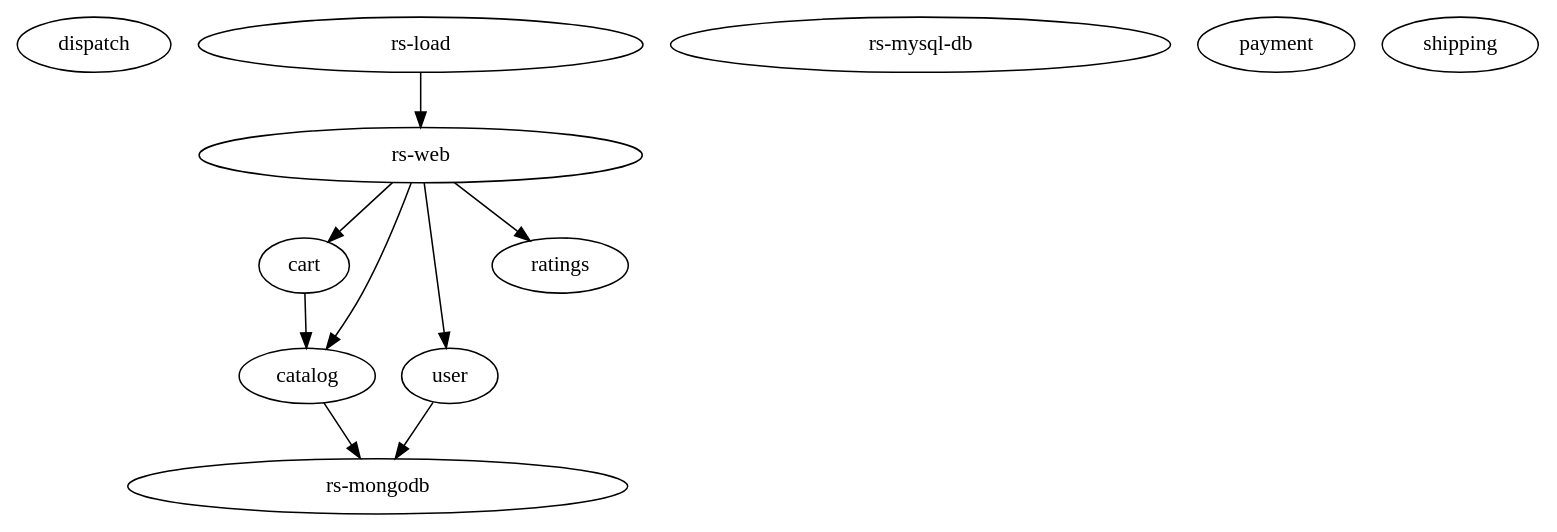
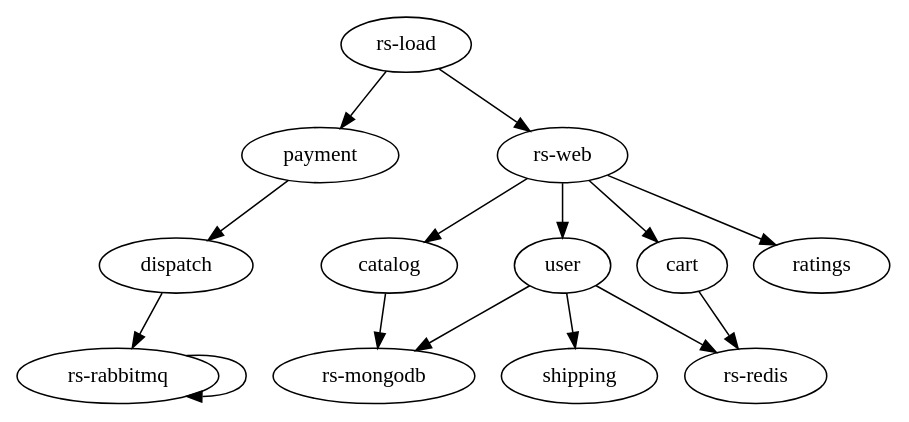
One commit to alvinwilta/microqa changed the diagram in service-graph.dot. Above: the diagram before and after it, drawn with Graphviz. The commit also changed 3 other files, not shown here.

Commit message:
update readme, change graph, add script to generate graph

```diff
--- a/service-graph.dot
+++ b/service-graph.dot
@@ -1,45 +1,54 @@
 digraph "" {
-	graph [bb="0,0,934.24,324"];
+	graph [bb="0,0,497.42,252"];
 	node [label="\N"];
+	"rs-load"	[height=0.5,
+		pos="218.42,234",
+		width=1.0141];
+	payment	[height=0.5,
+		pos="170.42,162",
+		width=1.199];
+	"rs-load" -> payment	[pos="e,181.72,179.47 207.05,216.41 201.31,208.04 194.22,197.71 187.82,188.37"];
+	"rs-web"	[height=0.5,
+		pos="308.42,162",
+		width=0.99992];
+	"rs-load" -> "rs-web"	[pos="e,289.67,177.58 237.51,218.15 250.24,208.25 267.18,195.08 281.3,184.09"];
 	dispatch	[height=0.5,
-		pos="40.296,306",
-		width=1.1193];
-	"rs-web"	[height=0.5,
-		pos="243.3,234",
-		width=4.008];
+		pos="87.422,90",
+		width=1.1563];
+	payment -> dispatch	[pos="e,105.79,106.49 152,145.46 140.83,136.04 126.38,123.85 113.98,113.4"];
+	catalog	[height=0.5,
+		pos="208.42,90",
+		width=1.0426];
+	"rs-web" -> catalog	[pos="e,228.97,105.38 288.19,146.83 273.64,136.65 253.82,122.78 237.57,111.41"];
+	user	[height=0.5,
+		pos="308.42,90",
+		width=0.75];
+	"rs-web" -> user	[pos="e,308.42,108.1 308.42,143.7 308.42,136.24 308.42,127.32 308.42,118.97"];
 	cart	[height=0.5,
-		pos="169.3,162",
+		pos="380.42,90",
 		width=0.75];
-	"rs-web" -> cart	[pos="e,184.39,177.28 225,215.7 215.14,206.37 202.88,194.76 192.36,184.82"];
-	catalog	[height=0.5,
-		pos="181.3,90",
-		width=1.011];
-	"rs-web" -> catalog	[pos="e,188.96,107.67 235.98,215.56 228.41,197.58 216.19,168.76 205.3,144 201.48,135.32 197.24,125.89 193.39,117.41"];
-	user	[height=0.5,
-		pos="262.3,90",
-		width=0.75];
-	"rs-web" -> user	[pos="e,260.01,108.11 245.63,215.59 248.86,191.4 254.75,147.36 258.6,118.65"];
+	"rs-web" -> cart	[pos="e,365.95,105.07 324.4,145.46 334.31,135.84 347.17,123.32 358.08,112.72"];
 	ratings	[height=0.5,
-		pos="324.3,162",
-		width=0.95686];
-	"rs-web" -> ratings	[pos="e,306.97,177.97 263.32,215.7 274,206.47 287.25,195.02 298.67,185.15"];
-	cart -> catalog	[pos="e,178.36,108.1 172.26,143.7 173.56,136.15 175.1,127.12 176.55,118.68"];
+		pos="461.42,90",
+		width=0.99992];
+	"rs-web" -> ratings	[pos="e,435.34,102.93 334.38,149.13 359.43,137.66 397.59,120.21 425.54,107.41"];
+	"rs-rabbitmq"	[height=0.5,
+		pos="54.422,18",
+		width=1.5117];
+	dispatch -> "rs-rabbitmq"	[pos="e,62.566,36.275 79.434,72.055 75.76,64.261 71.31,54.822 67.188,46.079"];
 	"rs-mongodb"	[height=0.5,
-		pos="221.3,18",
-		width=4.5315];
-	catalog -> "rs-mongodb"	[pos="e,211.33,36.447 190.78,72.411 195.32,64.454 200.88,54.722 206.01,45.756"];
-	user -> "rs-mongodb"	[pos="e,231.33,36.124 252.79,72.765 248.06,64.697 242.23,54.741 236.88,45.598"];
-	"rs-load"	[height=0.5,
-		pos="243.3,306",
-		width=4.026];
-	"rs-load" -> "rs-web"	[pos="e,243.3,252.1 243.3,287.7 243.3,280.24 243.3,271.32 243.3,262.97"];
-	"rs-mysql-db"	[height=0.5,
-		pos="569.3,306",
-		width=4.5315];
-	payment	[height=0.5,
-		pos="792.3,306",
-		width=1.1555];
+		pos="200.42,18",
+		width=1.5544];
+	catalog -> "rs-mongodb"	[pos="e,202.38,36.104 206.44,71.697 205.59,64.237 204.57,55.322 203.62,46.965"];
+	user -> "rs-mongodb"	[pos="e,224.31,34.481 289.61,76.807 274.17,66.8 251.93,52.387 233.53,40.457"];
+	"rs-redis"	[height=0.5,
+		pos="416.42,18",
+		width=1.071];
+	user -> "rs-redis"	[pos="e,394.48,33.224 327.23,76.807 343.26,66.419 366.61,51.284 385.4,39.106"];
 	shipping	[height=0.5,
-		pos="893.3,306",
-		width=1.1374];
+		pos="317.42,18",
+		width=1.1847];
+	user -> shipping	[pos="e,315.22,36.104 310.65,71.697 311.61,64.237 312.75,55.322 313.83,46.965"];
+	cart -> "rs-redis"	[pos="e,407.87,35.633 388.77,72.765 392.98,64.578 398.19,54.448 402.95,45.195"];
+	"rs-rabbitmq" -> "rs-rabbitmq"	[pos="e,92.797,4.7975 92.797,31.203 110.92,32.737 126.84,28.336 126.84,18 126.84,9.7635 116.74,5.2959 103.46,4.5972"];
 }
```
